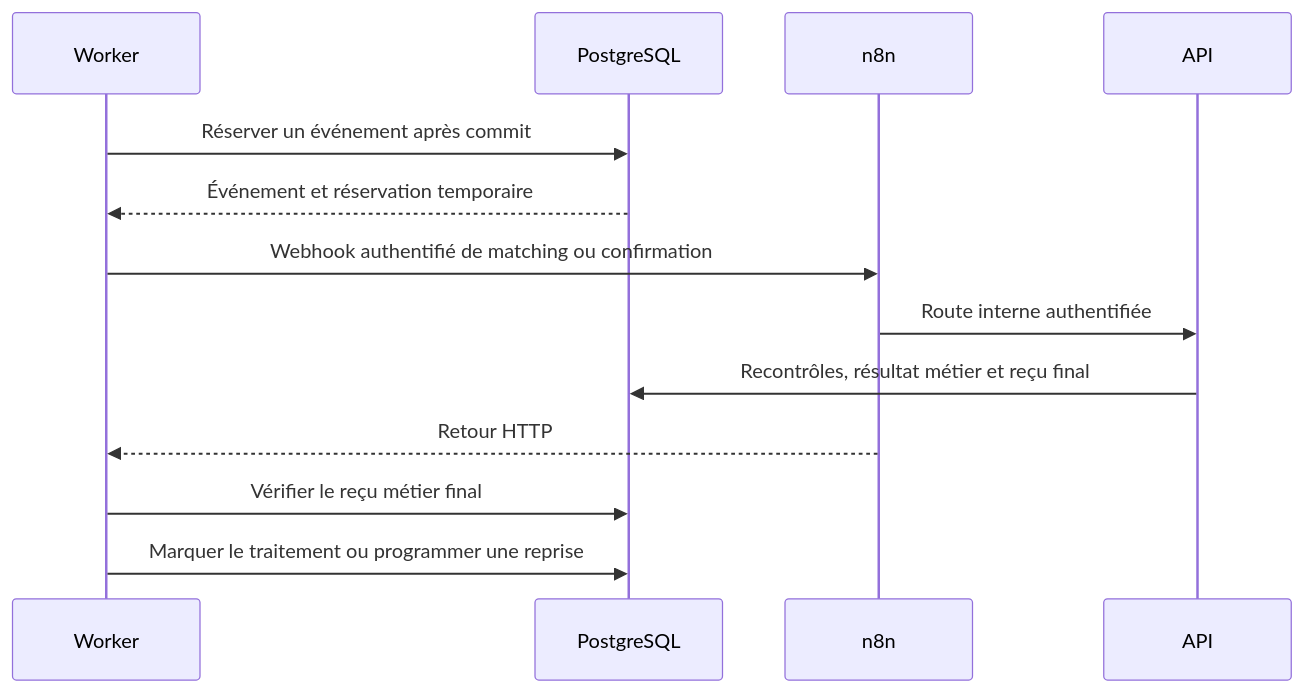
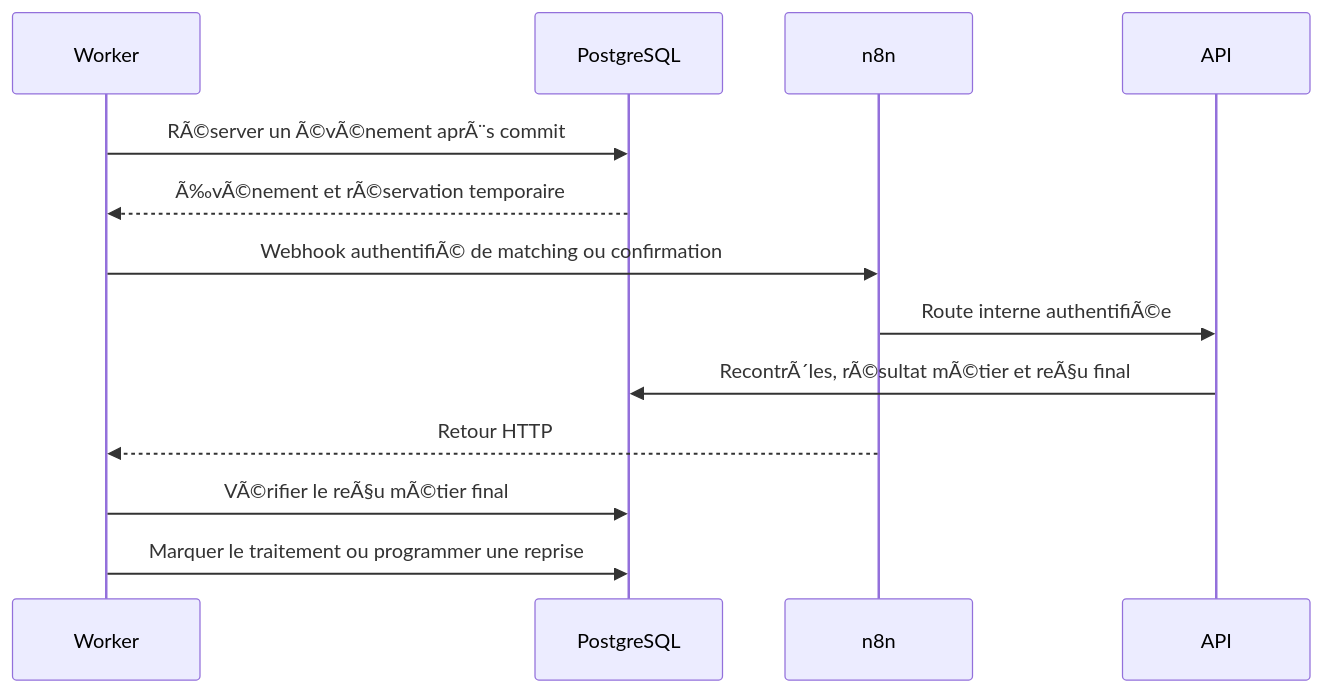
Before and after one commit to lebretyves/Backend_Interimatch: the sixth of 8 diagrams in docs/FLUX_V1.md, drawn with Mermaid. The commit also changed other lines of this file and 30 other files, not shown here.

````diff
--- a/docs/FLUX_V1.md
+++ b/docs/FLUX_V1.md
@@ -107,15 +107,15 @@
 ```mermaid
 sequenceDiagram
     participant Worker
     participant PostgreSQL
     participant n8n
     participant API
-    Worker->>PostgreSQL: Réserver un événement après commit
-    PostgreSQL-->>Worker: Événement et réservation temporaire
-    Worker->>n8n: Webhook authentifié de matching ou confirmation
-    n8n->>API: Route interne authentifiée
-    API->>PostgreSQL: Recontrôles, résultat métier et reçu final
+    Worker->>PostgreSQL: RÃ©server un Ã©vÃ©nement aprÃ¨s commit
+    PostgreSQL-->>Worker: Ã‰vÃ©nement et rÃ©servation temporaire
+    Worker->>n8n: Webhook authentifiÃ© de matching ou confirmation
+    n8n->>API: Route interne authentifiÃ©e
+    API->>PostgreSQL: RecontrÃ´les, rÃ©sultat mÃ©tier et reÃ§u final
     n8n-->>Worker: Retour HTTP
-    Worker->>PostgreSQL: Vérifier le reçu métier final
+    Worker->>PostgreSQL: VÃ©rifier le reÃ§u mÃ©tier final
     Worker->>PostgreSQL: Marquer le traitement ou programmer une reprise
 ```
````
